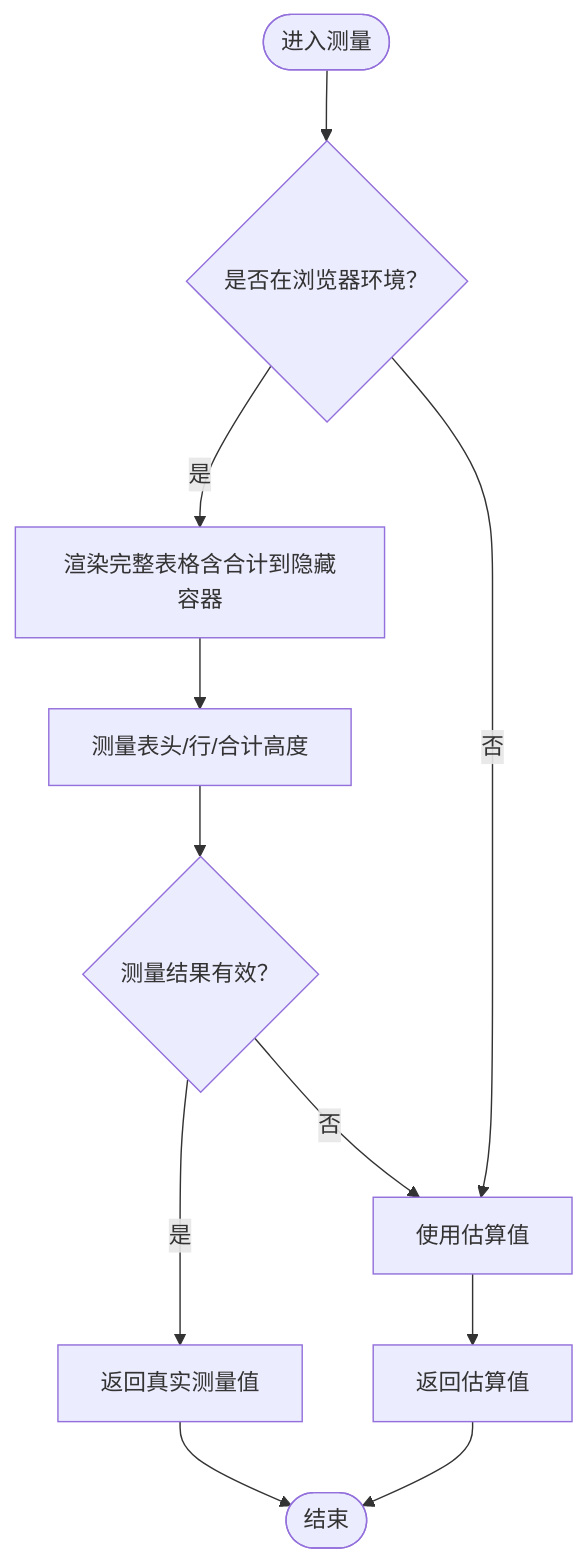
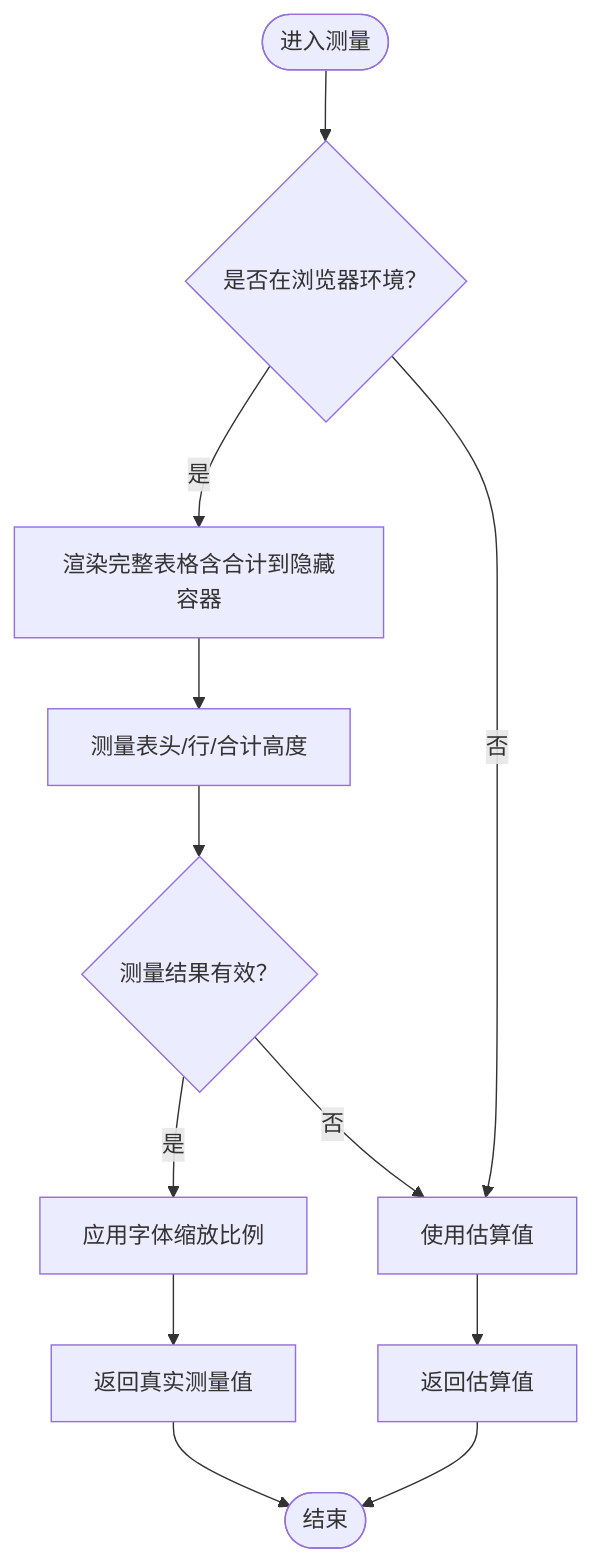
One commit to joker-yjc/printer changed the fifth of 9 diagrams in .qoder/repowiki/zh/content/项目概述/核心特性/打印引擎系统/表格智能渲染.md. Above: the diagram before and after it, drawn with Mermaid. The commit also changed other lines of this file and 56 other files, not shown here.

````diff
--- a/.qoder/repowiki/zh/content/项目概述/核心特性/打印引擎系统/表格智能渲染.md
+++ b/.qoder/repowiki/zh/content/项目概述/核心特性/打印引擎系统/表格智能渲染.md
@@ -170,13 +222,14 @@
 ```mermaid
 flowchart TD
 S(["进入测量"]) --> Env{"是否在浏览器环境？"}
 Env --> |是| Render["渲染完整表格含合计到隐藏容器"]
 Render --> Measure["测量表头/行/合计高度"]
 Measure --> Valid{"测量结果有效？"}
-Valid --> |是| ReturnReal["返回真实测量值"]
+Valid --> |是| FontScale["应用字体缩放比例"]
+FontScale --> ReturnReal["返回真实测量值"]
 Valid --> |否| Fallback["使用估算值"]
 Env --> |否| Fallback
 Fallback --> ReturnEst["返回估算值"]
 ReturnReal --> E(["结束"])
 ReturnEst --> E
 ```
````
